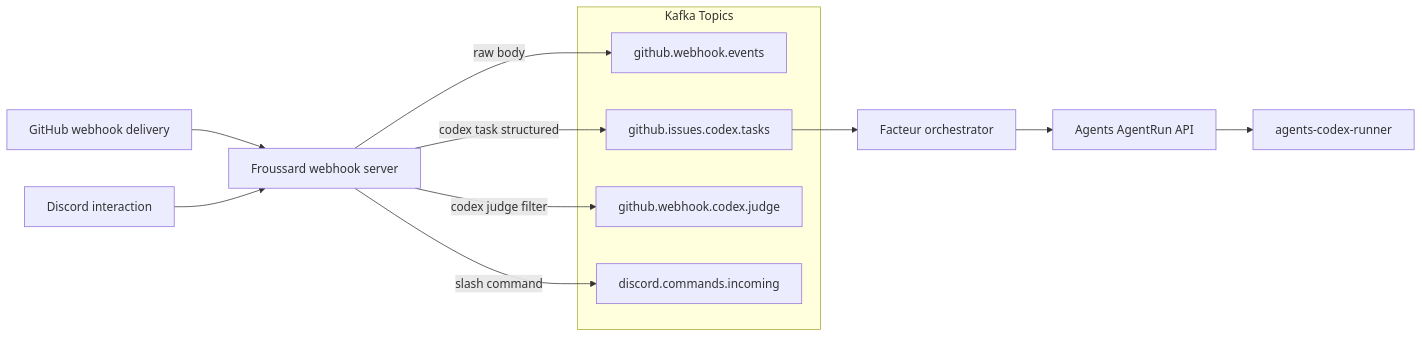
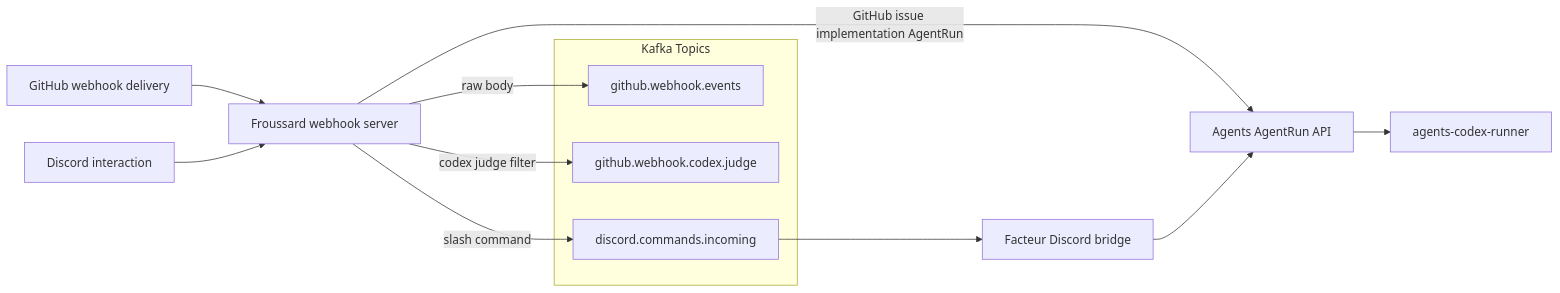
The diagram in apps/froussard/README.md (proompteng/lab), drawn with Mermaid before and after one commit. The commit also changed other lines of this file and 60 other files, not shown here.

Commit message:
refactor(agents): cut legacy Froussard Facteur bridge

````diff
--- a/apps/froussard/README.md
+++ b/apps/froussard/README.md
@@ -10,18 +10,17 @@
 ```mermaid
 flowchart LR
   GH[GitHub webhook delivery] --> Froussard[Froussard webhook server]
   Discord[Discord interaction] --> Froussard
   subgraph Kafka Topics
     Raw[github.webhook.events]
-    Structured[github.issues.codex.tasks]
     CodexJudge[github.webhook.codex.judge]
     DiscordTopic[discord.commands.incoming]
   end
   Froussard -->|raw body| Raw
   Froussard -->|codex judge filter| CodexJudge
-  Froussard -->|codex task structured| Structured
+  Froussard -->|GitHub issue implementation AgentRun| Agents
   Froussard -->|slash command| DiscordTopic
-  Structured --> Facteur[Facteur orchestrator]
+  DiscordTopic --> Facteur[Facteur Discord bridge]
   Facteur --> Agents[Agents AgentRun API]
   Agents --> Runner[agents-codex-runner]
 ```
````
